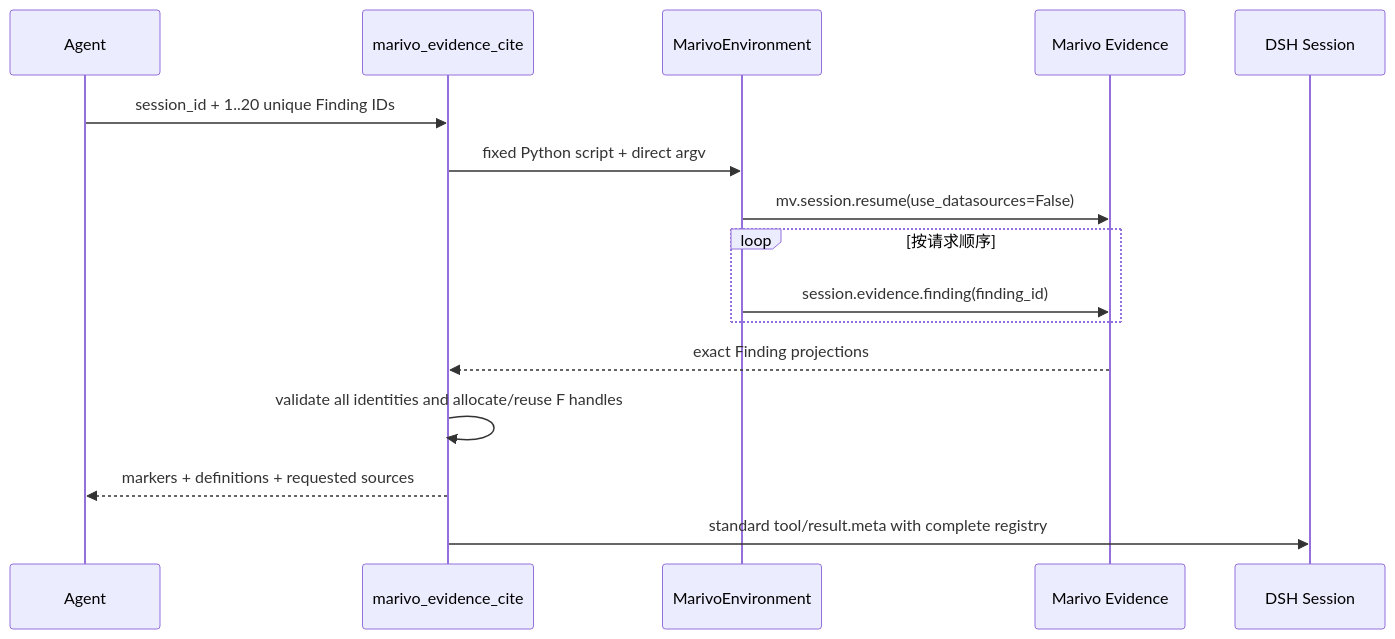
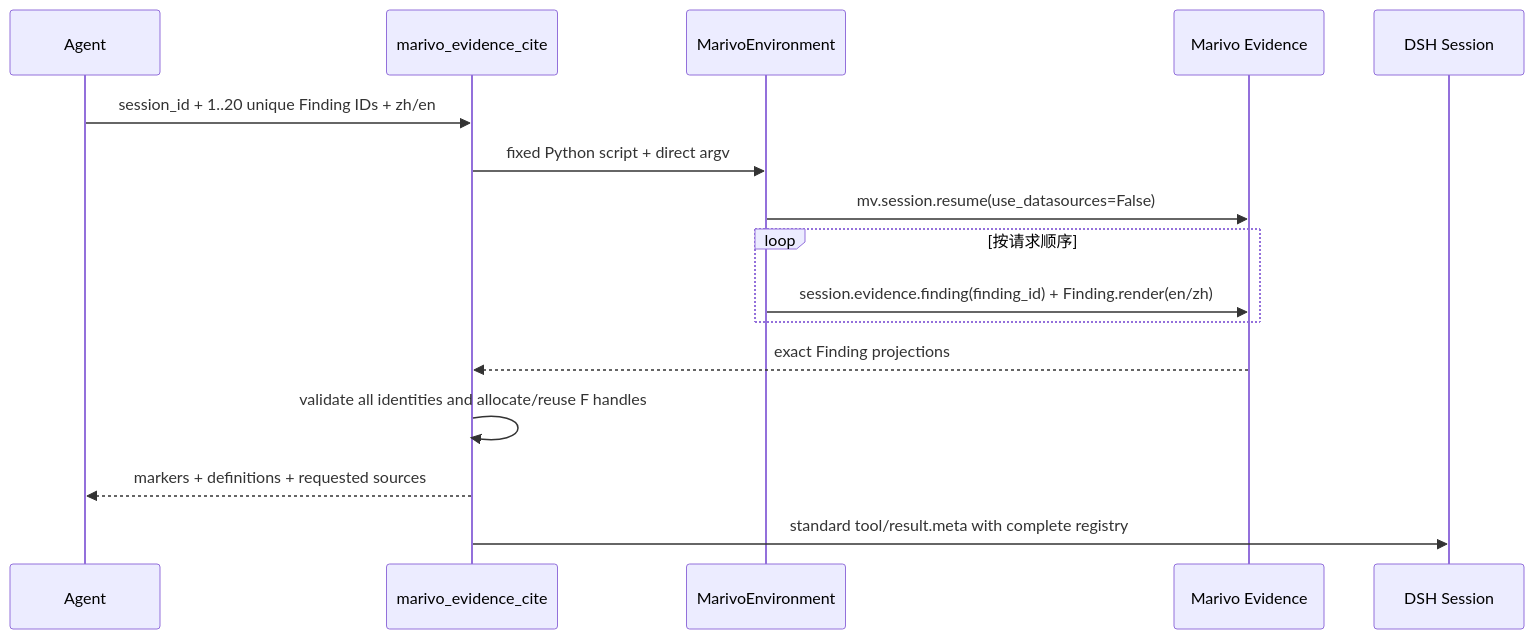
The diagram in docs/modules/evidence-citations.md (chengxianglibra/dsh-data-analysis), drawn with Mermaid before and after one commit. The commit also changed other lines of this file and 22 other files, not shown here.

````diff
--- a/docs/modules/evidence-citations.md
+++ b/docs/modules/evidence-citations.md
@@ -24,18 +24,18 @@
 ```mermaid
 sequenceDiagram
   participant A as Agent
   participant T as marivo_evidence_cite
   participant E as MarivoEnvironment
   participant M as Marivo Evidence
   participant S as DSH Session
-  A->>T: session_id + 1..20 unique Finding IDs
+  A->>T: session_id + 1..20 unique Finding IDs + zh/en
   T->>E: fixed Python script + direct argv
   E->>M: mv.session.resume(use_datasources=False)
   loop 按请求顺序
-    E->>M: session.evidence.finding(finding_id)
+    E->>M: session.evidence.finding(finding_id) + Finding.render(en/zh)
   end
   M-->>T: exact Finding projections
   T->>T: validate all identities and allocate/reuse F handles
   T-->>A: markers + definitions + requested sources
   T->>S: standard tool/result.meta with complete registry
 ```
````
